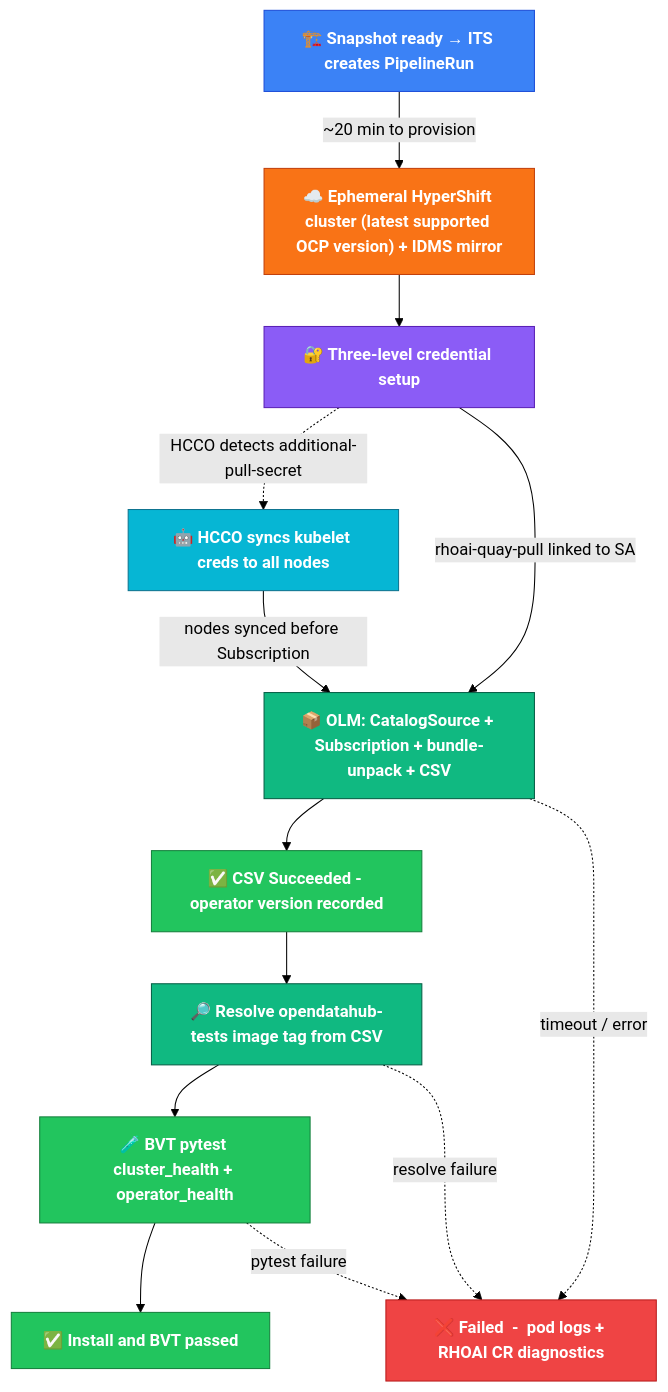
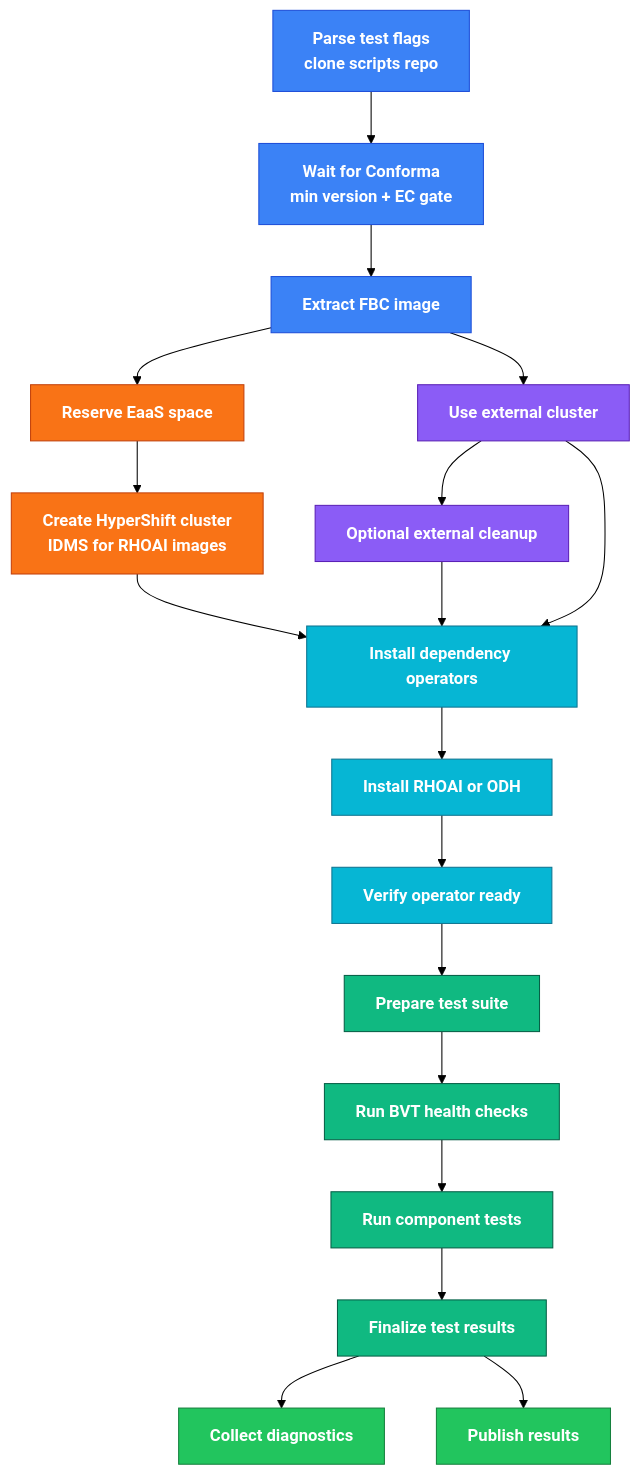
Before and after one commit to Srihari1192/odh-konflux-central: the diagram in integration-tests/olminstall/README.md, drawn with Mermaid (forest theme). The commit also changed other lines of this file and 180 other files, not shown here.

First line of the commit message:
Enable EaaS ITS auto-trigger on RHOAI FBC fragment apps (RHOAIENG-75384).

````diff
--- a/integration-tests/olminstall/README.md
+++ b/integration-tests/olminstall/README.md
@@ -37,34 +40,41 @@
 ```mermaid
 flowchart TD
-    classDef trigger fill:#3B82F6,stroke:#1D4ED8,color:#fff,font-weight:bold
-    classDef infra   fill:#F97316,stroke:#C2410C,color:#fff,font-weight:bold
-    classDef auth    fill:#8B5CF6,stroke:#5B21B6,color:#fff,font-weight:bold
-    classDef hcco    fill:#06B6D4,stroke:#0E7490,color:#fff,font-weight:bold
-    classDef olm     fill:#10B981,stroke:#065F46,color:#fff,font-weight:bold
-    classDef pass    fill:#22C55E,stroke:#15803D,color:#fff,font-weight:bold
-    classDef fail    fill:#EF4444,stroke:#B91C1C,color:#fff,font-weight:bold
+  classDef setup fill:#3B82F6,stroke:#1D4ED8,color:#fff,font-weight:bold
+  classDef eaas fill:#F97316,stroke:#C2410C,color:#fff,font-weight:bold
+  classDef external fill:#8B5CF6,stroke:#5B21B6,color:#fff,font-weight:bold
+  classDef install fill:#06B6D4,stroke:#0E7490,color:#fff,font-weight:bold
+  classDef tests fill:#10B981,stroke:#065F46,color:#fff,font-weight:bold
+  classDef report fill:#22C55E,stroke:#15803D,color:#fff,font-weight:bold
 
-    BUILD["🏗️ Snapshot ready → ITS creates PipelineRun"]:::trigger
-    CLUSTER["☁️ Ephemeral HyperShift cluster (latest supported OCP version) + IDMS mirror"]:::infra
-    AUTH["🔐 Three-level credential setup"]:::auth
-    HCCO["🤖 HCCO syncs kubelet creds to all nodes"]:::hcco
-    OLM["📦 OLM: CatalogSource + Subscription + bundle-unpack + CSV"]:::olm
-    PASS["✅ CSV Succeeded - operator version recorded"]:::pass
-    BVT_RESOLVE["🔎 Resolve opendatahub-tests image tag from CSV"]:::olm
-    BVT_RUN["🧪 BVT pytest cluster_health + operator_health"]:::pass
-    ALLPASS["✅ Install and BVT passed"]:::pass
-    FAIL["❌ Failed  -  pod logs + RHOAI CR diagnostics"]:::fail
+  parse["Parse test flags<br/>clone scripts repo"]:::setup
+  conforma["Wait for Conforma<br/>min version + EC gate"]:::setup
+  extract["Extract FBC image"]:::setup
 
-    BUILD -->|~20 min to provision| CLUSTER
-    CLUSTER --> AUTH
-    AUTH -.->|HCCO detects additional-pull-secret| HCCO
-    AUTH -->|rhoai-quay-pull linked to SA| OLM
-    HCCO -->|nodes synced before Subscription| OLM
-    OLM --> PASS
-    PASS --> BVT_RESOLVE
-    BVT_RESOLVE --> BVT_RUN
-    BVT_RUN --> ALLPASS
-    OLM -.->|timeout / error| FAIL
-    BVT_RESOLVE -.->|resolve failure| FAIL
-    BVT_RUN -.->|pytest failure| FAIL
+  eaasProv["Reserve EaaS space"]:::eaas
+  ocp["Create HyperShift cluster<br/>IDMS for RHOAI images"]:::eaas
+
+  extReady["Use external cluster"]:::external
+  cleanup["Optional external cleanup"]:::external
+
+  deps["Install dependency operators"]:::install
+  op["Install RHOAI or ODH"]:::install
+  verify["Verify operator ready"]:::install
+
+  prepare["Prepare test suite"]:::tests
+  bvt["Run BVT health checks"]:::tests
+  smoke["Run component tests"]:::tests
+  finalize["Finalize test results"]:::tests
+
+  diag["Collect diagnostics"]:::report
+  publish["Publish results"]:::report
+
+  parse --> conforma --> extract
+  extract --> eaasProv --> ocp
+  extract --> extReady --> cleanup
+  ocp --> deps
+  cleanup --> deps
+  extReady --> deps
+  deps --> op --> verify --> prepare --> bvt --> smoke --> finalize
+  finalize --> diag
+  finalize --> publish
 ```
````
